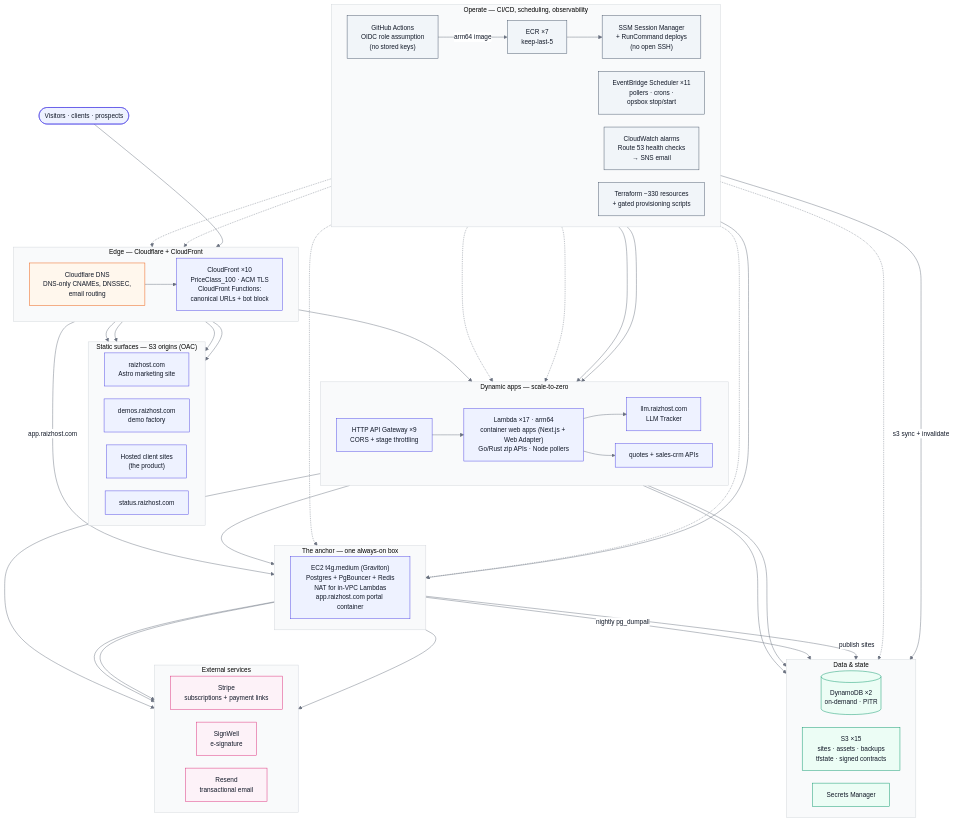
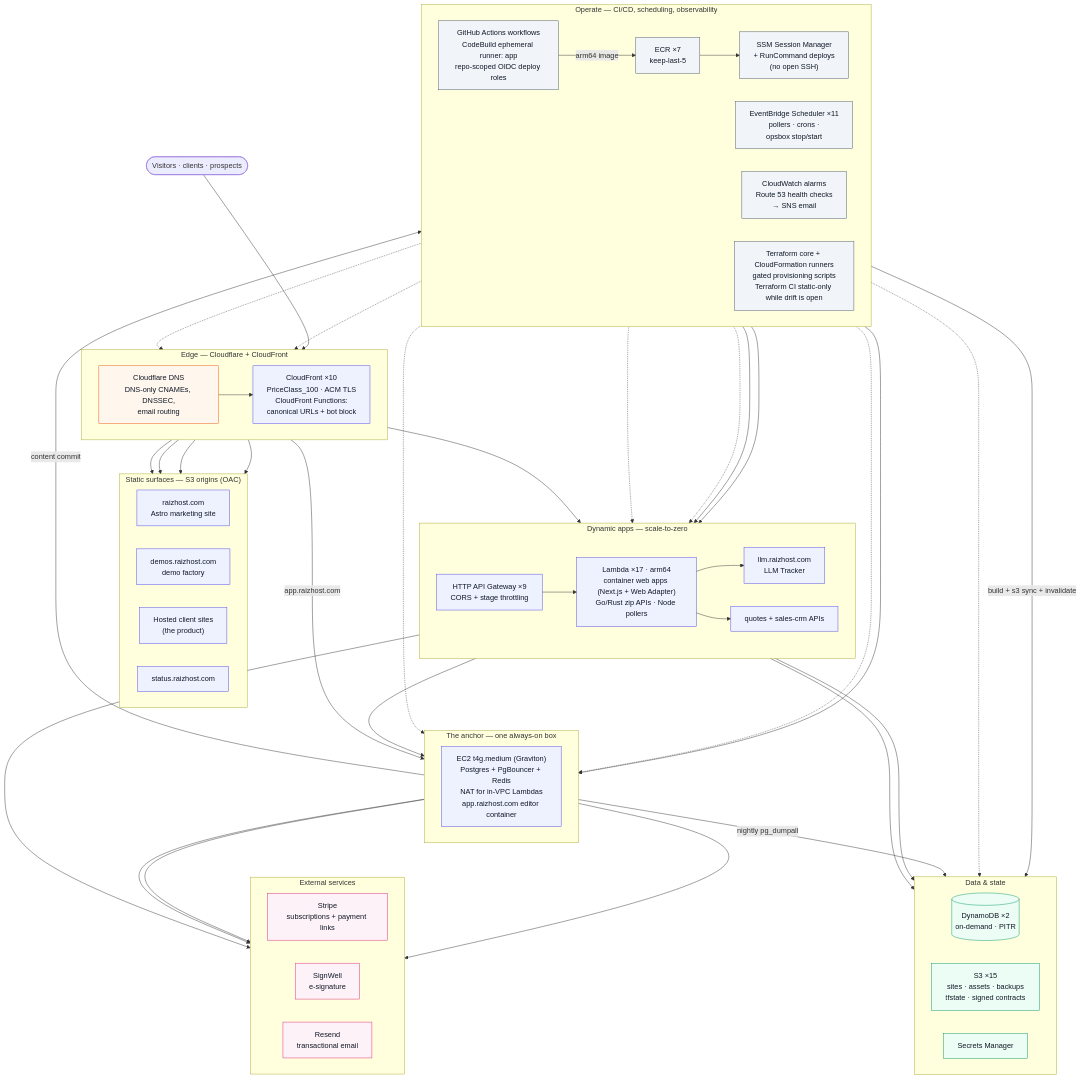
Before and after one commit to JadenRazo/raizhost-architecture: the diagram in diagrams/architecture.mmd, drawn with Mermaid. The commit also changed 19 other files, not shown here.

Commit message:
docs: reconcile architecture and fix mobile diagrams

```diff
--- a/diagrams/architecture.mmd
+++ b/diagrams/architecture.mmd
@@ -1,79 +1,78 @@
-%%{init: {"theme": "base", "themeVariables": {"fontFamily": "Inter, Segoe UI, Helvetica, Arial, sans-serif", "fontSize": "14px", "primaryColor": "#eef2ff", "primaryBorderColor": "#4f46e5", "primaryTextColor": "#111827", "lineColor": "#6b7280", "clusterBkg": "#f9fafb", "clusterBorder": "#d1d5db", "edgeLabelBackground": "#ffffff"}, "flowchart": {"curve": "basis", "nodeSpacing": 28, "rankSpacing": 44}}}%%
 flowchart TB
   classDef edge fill:#fff7ed,stroke:#ea580c,color:#111827
   classDef aws fill:#eef2ff,stroke:#4f46e5,color:#111827
   classDef data fill:#ecfdf5,stroke:#059669,color:#111827
   classDef saas fill:#fdf2f8,stroke:#db2777,color:#111827
   classDef ops fill:#f1f5f9,stroke:#475569,color:#111827
 
   visitors(["Visitors · clients · prospects"])
 
   subgraph EDGE["Edge — Cloudflare + CloudFront"]
     direction LR
     cfdns["Cloudflare DNS<br/>DNS-only CNAMEs, DNSSEC,<br/>email routing"]:::edge
     cf["CloudFront ×10<br/>PriceClass_100 · ACM TLS<br/>CloudFront Functions:<br/>canonical URLs + bot block"]:::aws
   end
 
   subgraph STATIC["Static surfaces — S3 origins (OAC)"]
     direction LR
     mkt["raizhost.com<br/>Astro marketing site"]:::aws
     demos["demos.raizhost.com<br/>demo factory"]:::aws
     sites["Hosted client sites<br/>(the product)"]:::aws
     status["status.raizhost.com"]:::aws
   end
 
   subgraph APPS["Dynamic apps — scale-to-zero"]
     direction LR
     apigw["HTTP API Gateway ×9<br/>CORS + stage throttling"]:::aws
     lambdas["Lambda ×17 · arm64<br/>container web apps (Next.js + Web Adapter)<br/>Go/Rust zip APIs · Node pollers"]:::aws
     llm["llm.raizhost.com<br/>LLM Tracker"]:::aws
     quotes["quotes + sales-crm APIs"]:::aws
   end
 
   subgraph ANCHOR["The anchor — one always-on box"]
     direction LR
-    ec2["EC2 t4g.medium (Graviton)<br/>Postgres + PgBouncer + Redis<br/>NAT for in-VPC Lambdas<br/>app.raizhost.com portal container"]:::aws
+    ec2["EC2 t4g.medium (Graviton)<br/>Postgres + PgBouncer + Redis<br/>NAT for in-VPC Lambdas<br/>app.raizhost.com editor container"]:::aws
   end
 
   subgraph DATA["Data & state"]
     direction LR
     ddb[("DynamoDB ×2<br/>on-demand · PITR")]:::data
     s3["S3 ×15<br/>sites · assets · backups<br/>tfstate · signed contracts"]:::data
     secrets["Secrets Manager"]:::data
   end
 
   subgraph OPS["Operate — CI/CD, scheduling, observability"]
     direction LR
-    gha["GitHub Actions<br/>OIDC role assumption<br/>(no stored keys)"]:::ops
+    gha["GitHub Actions workflows<br/>CodeBuild ephemeral runner: app<br/>repo-scoped OIDC deploy roles"]:::ops
     ecr["ECR ×7<br/>keep-last-5"]:::ops
     ssm["SSM Session Manager<br/>+ RunCommand deploys<br/>(no open SSH)"]:::ops
     sched["EventBridge Scheduler ×11<br/>pollers · crons ·<br/>opsbox stop/start"]:::ops
     cw["CloudWatch alarms<br/>Route 53 health checks<br/>→ SNS email"]:::ops
-    tf["Terraform ~330 resources<br/>+ gated provisioning scripts"]:::ops
+    tf["Terraform core + CloudFormation runners<br/>gated provisioning scripts<br/>Terraform CI static-only while drift is open"]:::ops
   end
 
   subgraph SAAS["External services"]
     direction LR
     stripe["Stripe<br/>subscriptions + payment links"]:::saas
     signwell["SignWell<br/>e-signature"]:::saas
     resend["Resend<br/>transactional email"]:::saas
   end
 
   visitors --> cfdns --> cf
   cf --> mkt & demos & sites & status
   cf --> apigw --> lambdas
   lambdas --> llm & quotes
   cf -->|"app.raizhost.com"| ec2
   lambdas --> ec2
   lambdas --> ddb
   lambdas --> secrets
-  ec2 -->|"publish sites"| s3
   ec2 -->|"nightly pg_dumpall"| s3
+  ec2 -->|"content commit"| gha
   sched --> lambdas
-  gha -->|"s3 sync + invalidate"| s3
+  gha -->|"build + s3 sync + invalidate"| s3
   gha -->|"arm64 image"| ecr --> ssm --> ec2
   ecr --> lambdas
   cw -.-> cf & lambdas & ec2
   tf -.-> cf & apigw & ec2 & s3
   ec2 --> stripe & signwell & resend
   quotes --> resend
```
